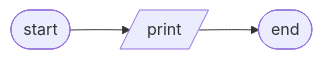
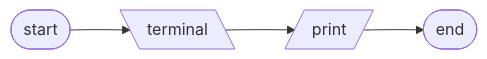
One commit to 7s4e/p3 changed the fifth of 26 diagrams in pyScripts/docs/console.md. Above: the diagram before and after it, drawn with Mermaid. The commit also changed other lines of this file and 7 other files, not shown here.

````diff
--- a/pyScripts/docs/console.md
+++ b/pyScripts/docs/console.md
@@ -29,8 +69,10 @@
 ```mermaid
 flowchart LR
     STR([start])
-        STR --> PUT
+        STR --> GET
+    GET[\terminal\]
+        GET --> PUT
     PUT[/print/]
         PUT --> END
     END([end])
 ```
````
